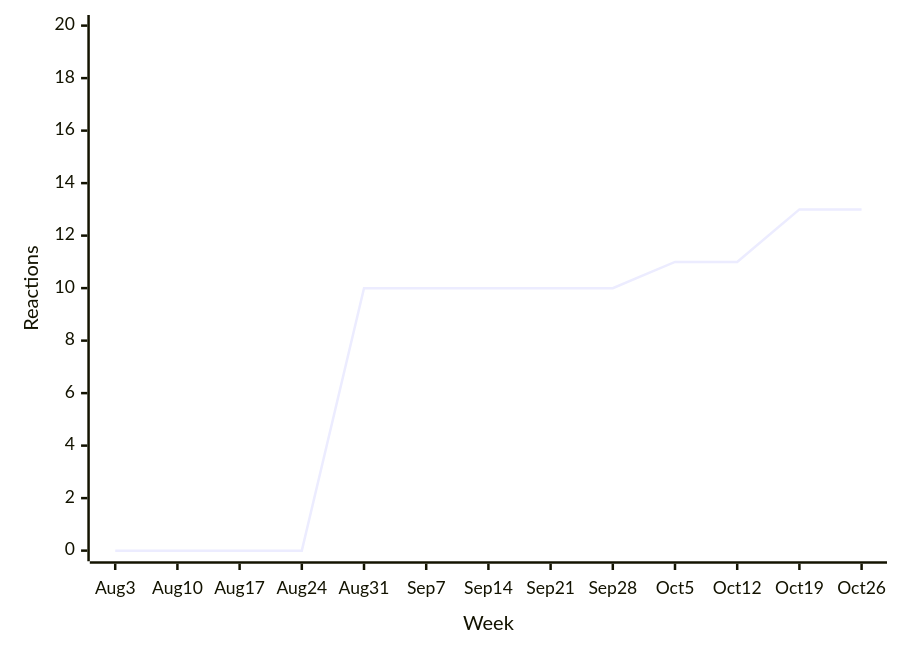
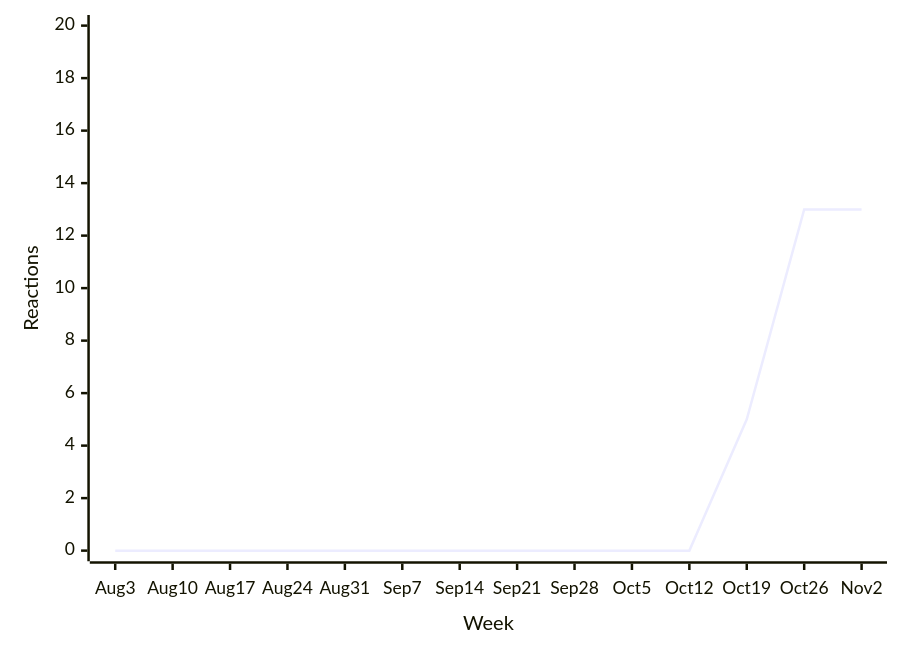
Before and after one commit to loic-sharma/github-insights: diagram 13 of 38 in README.md, drawn with Mermaid. The commit also changed other lines of this file and 3 other files, not shown here.

````diff
--- a/README.md
+++ b/README.md
@@ -528,6 +528,6 @@
   ```mermaid
   xychart-beta
-    x-axis "Week" [Aug 3, Aug 10, Aug 17, Aug 24, Aug 31, Sep 7, Sep 14, Sep 21, Sep 28, Oct 5, Oct 12, Oct 19, Oct 26]
+    x-axis "Week" [Aug 3, Aug 10, Aug 17, Aug 24, Aug 31, Sep 7, Sep 14, Sep 21, Sep 28, Oct 5, Oct 12, Oct 19, Oct 26, Nov 2]
     y-axis "Reactions" 0 --> 20
-    line [0, 0, 0, 0, 10, 10, 10, 10, 10, 11, 11, 13, 13]
+    line [0, 0, 0, 0, 0, 0, 0, 0, 0, 0, 0, 5, 13, 13]
   ```
````
